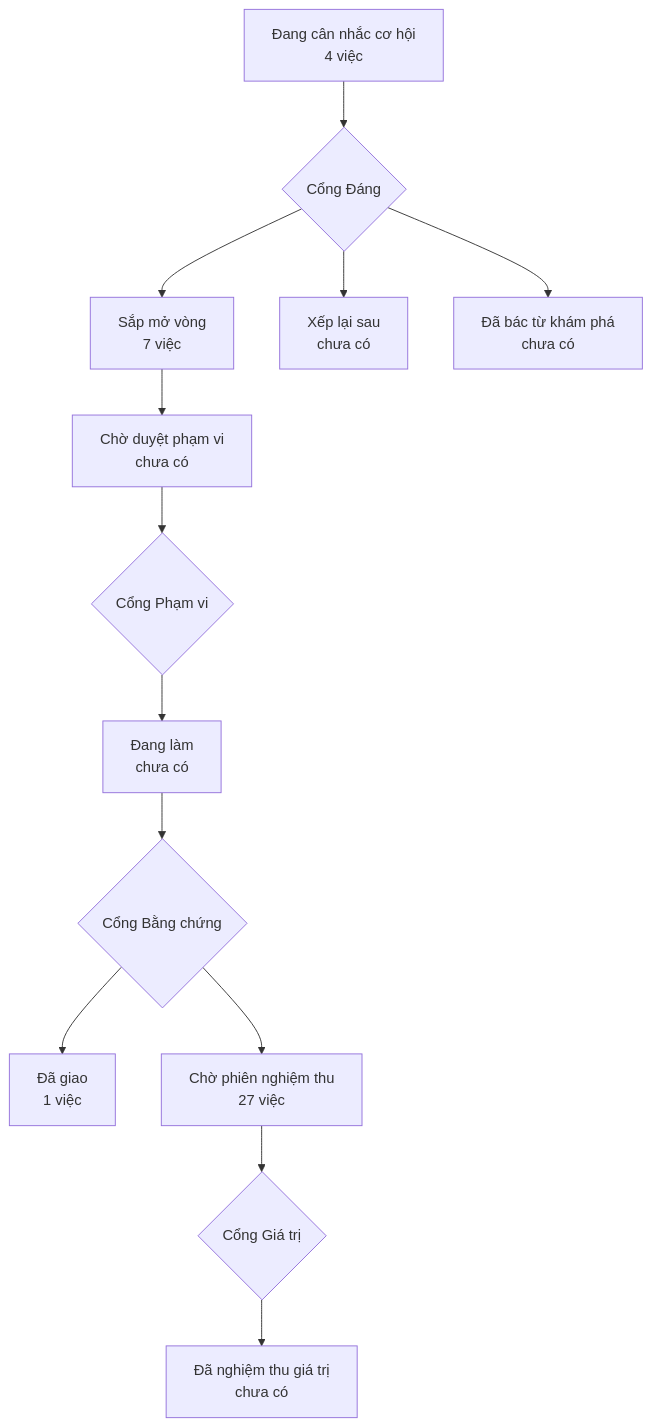
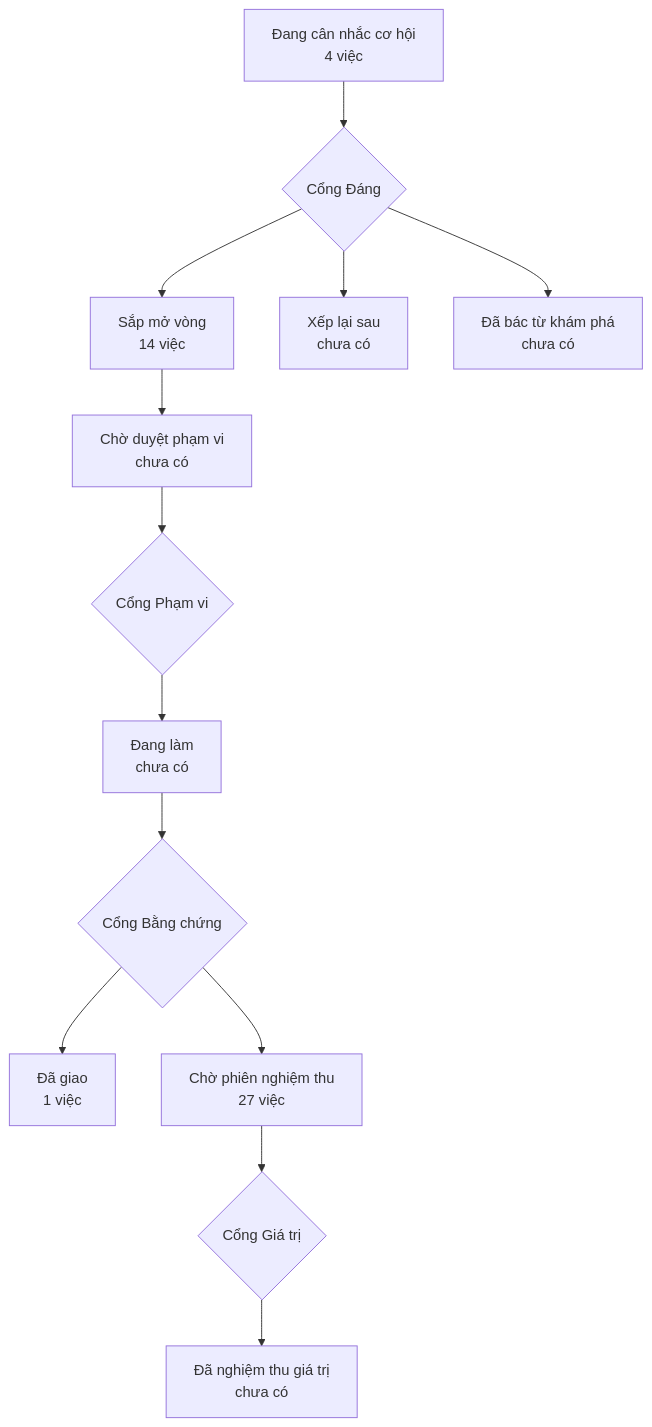
Before and after one commit to phanlemanh/onehub-inventory: the diagram in PRODUCT-MAP.md, drawn with Mermaid. The commit also changed other lines of this file and 1 other file, not shown here.

Commit message:
chore(plan): regenerate product map and roadmap after rows 3b-3f

````diff
--- a/PRODUCT-MAP.md
+++ b/PRODUCT-MAP.md
@@ -7,12 +7,12 @@
 ```mermaid
 flowchart TD
   A["Đang cân nhắc cơ hội<br/>4 việc"] --> GD{"Cổng Đáng"}
-  GD --> B["Sắp mở vòng<br/>7 việc"]
+  GD --> B["Sắp mở vòng<br/>14 việc"]
   GD --> XL["Xếp lại sau<br/>chưa có"]
   GD --> DB["Đã bác từ khám phá<br/>chưa có"]
   B --> CD["Chờ duyệt phạm vi<br/>chưa có"] --> GP{"Cổng Phạm vi"}
   GP --> DL["Đang làm<br/>chưa có"] --> GB{"Cổng Bằng chứng"}
   GB --> DG["Đã giao<br/>1 việc"]
   GB --> CN["Chờ phiên nghiệm thu<br/>27 việc"] --> GG{"Cổng Giá trị"}
   GG --> NT["Đã nghiệm thu giá trị<br/>chưa có"]
 ```
````
